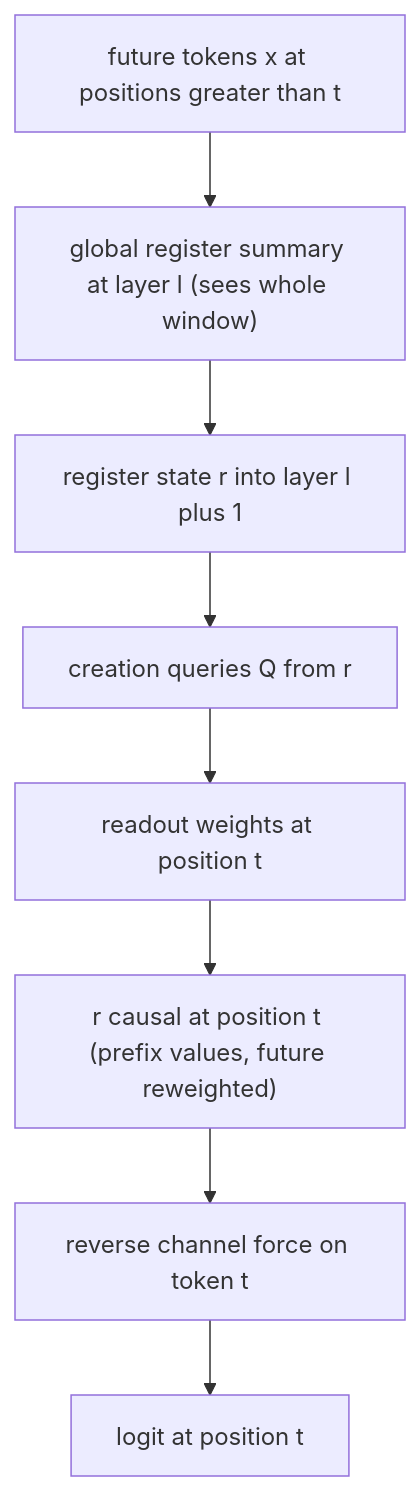
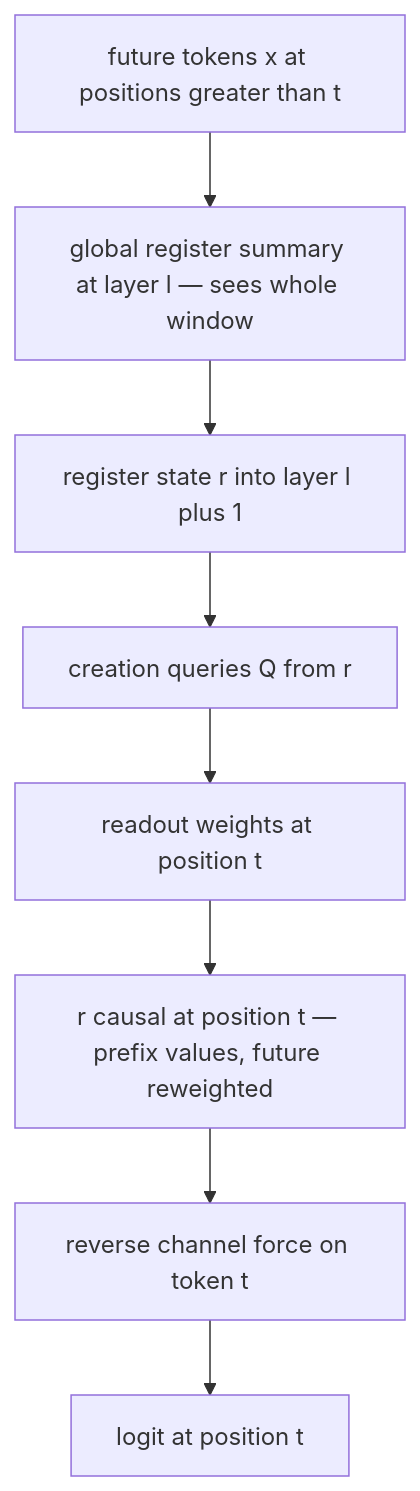
The third of 5 diagrams in companion_notes/Fock-PARFLM_Causal_Leak_Audit_Results.md (dimitarpg13/semsimula-paper), drawn with Mermaid before and after one commit. The commit also changed other lines of this file and 1 other file, not shown here.

Commit message:
fix mermaid rendering errors

````diff
--- a/companion_notes/Fock-PARFLM_Causal_Leak_Audit_Results.md
+++ b/companion_notes/Fock-PARFLM_Causal_Leak_Audit_Results.md
@@ -183,19 +183,19 @@
 ```mermaid
 flowchart TB
     Future["future tokens x at positions greater than t"]
-    Summary["global register summary at layer l (sees whole window)"]
+    Summary["global register summary at layer l — sees whole window"]
     RState["register state r into layer l plus 1"]
     Query["creation queries Q from r"]
     Weights["readout weights at position t"]
-    RCausalT["r causal at position t (prefix values, future reweighted)"]
+    RCausalT["r causal at position t — prefix values, future reweighted"]
     Force["reverse channel force on token t"]
     Logit["logit at position t"]
 
     Future --> Summary
     Summary --> RState
     RState --> Query
     Query --> Weights
     Weights --> RCausalT
     RCausalT --> Force
     Force --> Logit
 ```
````
